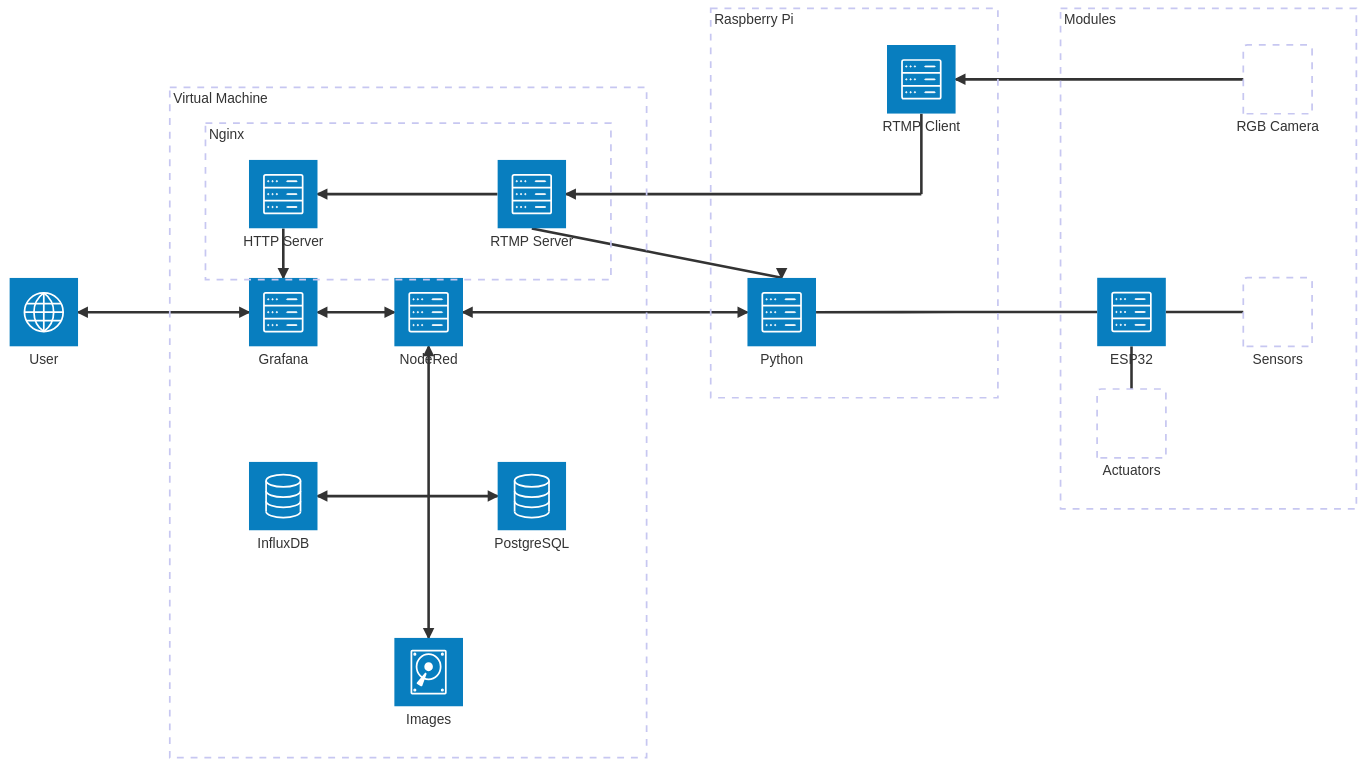
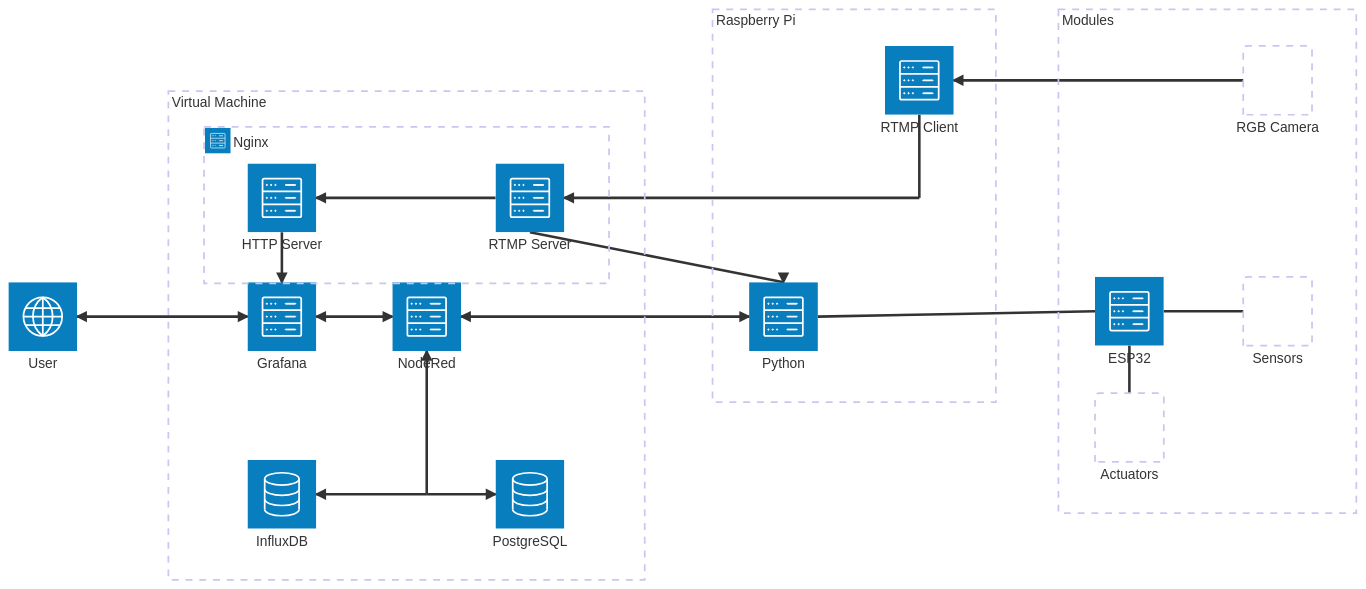
The first of 2 diagrams in README.md (eggseal/camara-crecimiento), drawn with Mermaid before and after one commit.

Commit message:
Remove images disk
Updated README to change 'images' service to 'nginx' group.

````diff
--- a/README.md
+++ b/README.md
@@ -5,53 +5,51 @@
 ```mermaid
 architecture-beta
 
     service user(internet)[User]
     
     group vm[Virtual Machine]
 
     service grafana(server)[Grafana] in vm
     service nodered(server)[NodeRed] in vm
     service influx(database)[InfluxDB] in vm
     service postgres(database)[PostgreSQL] in vm
-    service images(disk)[Images] in vm
 
-    group nginx[Nginx] in vm
+    group nginx(server)[Nginx] in vm
     service rtmpserver(server)[RTMP Server] in nginx
     service httpserver(server)[HTTP Server] in nginx
 
     junction data in vm
 
     user:R <--> L:grafana
     grafana:R <--> L:nodered
     grafana:T <-- B:httpserver
     nodered:B <-- T:data
     data:L --> R:influx
     data:R --> L:postgres
-    data:B --> T:images
     httpserver:R <-- L:rtmpserver
 
     group raspi[Raspberry Pi]
 
     service rtmpclient(server)[RTMP Client] in raspi
     service python(server)[Python] in raspi
 
     junction video in raspi
 
     nodered:R <--> L:python
     rtmpserver:R <-- L:video
     video:T -- B:rtmpclient
     rtmpserver:B --> T:python
 
     group module[Modules]
 
     service camera[RGB Camera] in module
     service sensors[Sensors] in module
     service actuators[Actuators] in module
     service esp(server)[ESP32] in module
 
 
     python:R -- L:esp
     esp:R -- L:sensors
     esp:B -- T:actuators
     rtmpclient:R <-- L:camera
 ```
````
